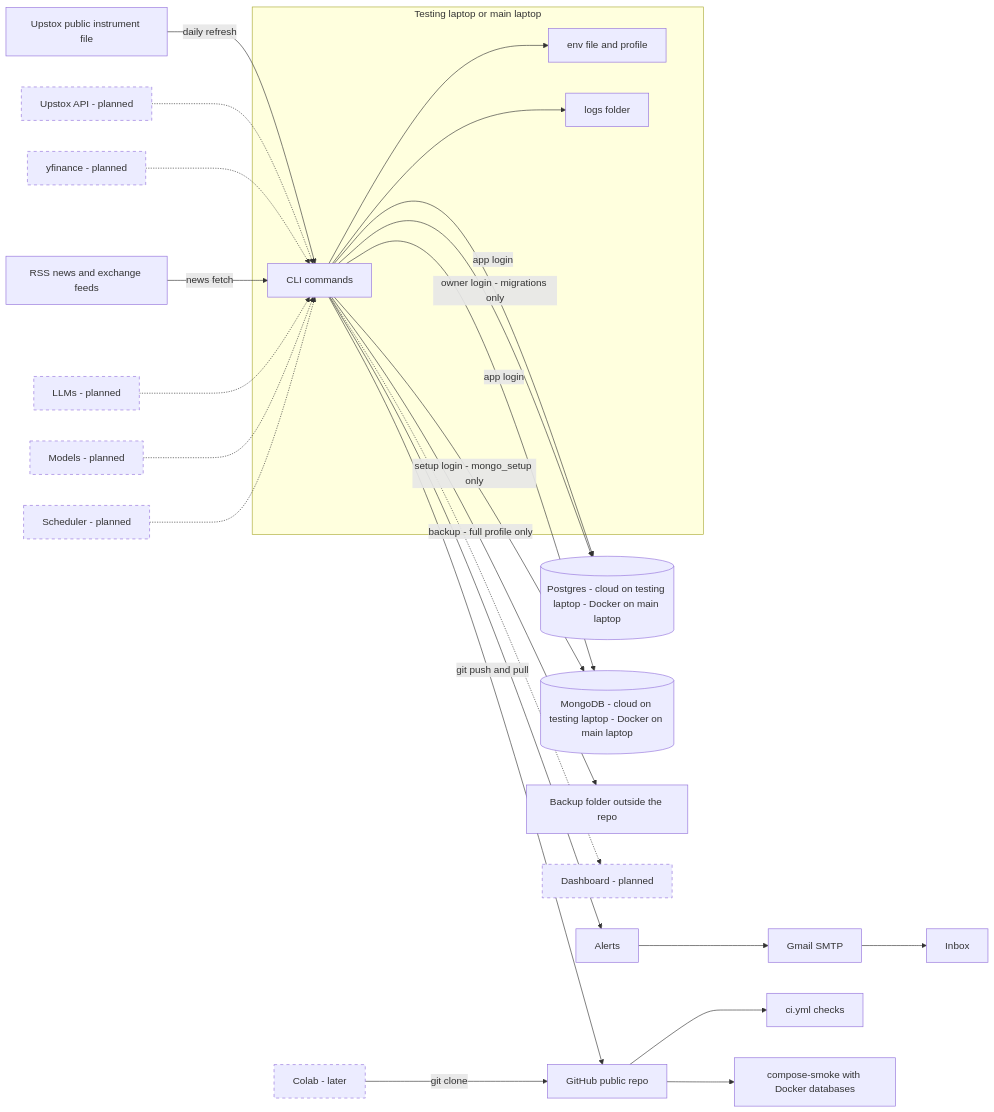
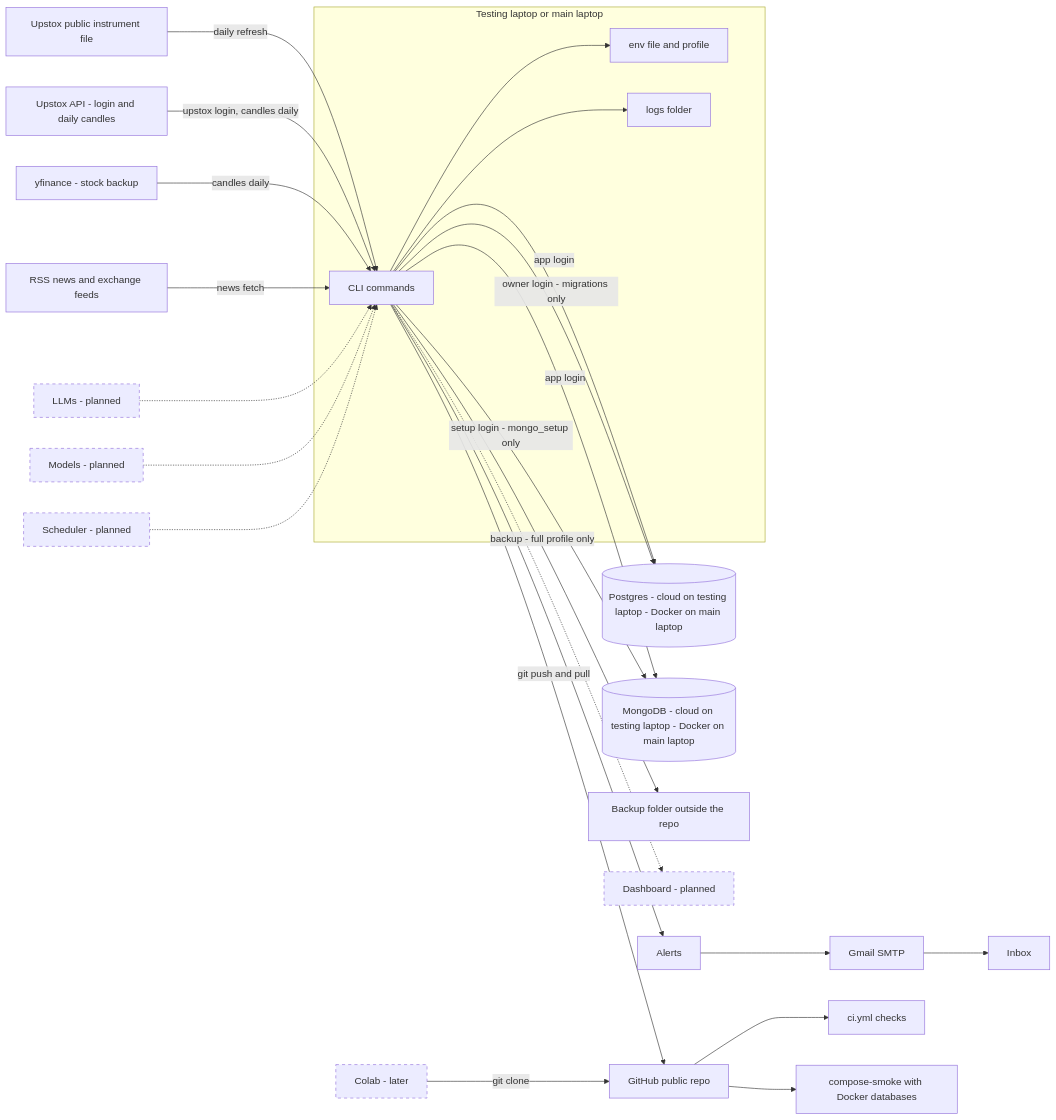
One commit to MichkelAngloJ/market-intel changed the first of 2 diagrams in docs/architecture.md. Above: the diagram before and after it, drawn with Mermaid. The commit also changed other lines of this file and 3 other files, not shown here.

Commit message:
docs: Upstox login and token, daily candles, gaps, price events, universe

````diff
--- a/docs/architecture.md
+++ b/docs/architecture.md
@@ -17,34 +17,34 @@
 ```mermaid
 flowchart LR
     subgraph Laptop[Testing laptop or main laptop]
         CLI[CLI commands]
         CFG[env file and profile]
         LOGS[logs folder]
     end
     CLI --> CFG
     CLI --> LOGS
     CLI --> ALERTS[Alerts]
     ALERTS --> SMTP[Gmail SMTP]
     SMTP --> INBOX[Inbox]
     CLI -->|app login| PG[(Postgres - cloud on testing laptop - Docker on main laptop)]
     CLI -->|owner login - migrations only| PG
     CLI -->|app login| MDB[(MongoDB - cloud on testing laptop - Docker on main laptop)]
     CLI -->|setup login - mongo_setup only| MDB
     CLI -->|backup - full profile only| BAK[Backup folder outside the repo]
     CLI -->|git push and pull| GH[GitHub public repo]
     GH --> CI[ci.yml checks]
     GH --> SMOKE[compose-smoke with Docker databases]
     COLAB[Colab - later] -->|git clone| GH
 
     UPFILE[Upstox public instrument file] -->|daily refresh| CLI
-    UPSTOX[Upstox API - planned] -.-> CLI
-    YF[yfinance - planned] -.-> CLI
+    UPSTOX[Upstox API - login and daily candles] -->|upstox login, candles daily| CLI
+    YF[yfinance - stock backup] -->|candles daily| CLI
     RSS[RSS news and exchange feeds] -->|news fetch| CLI
     LLM[LLMs - planned] -.-> CLI
     MODELS[Models - planned] -.-> CLI
     SCHED[Scheduler - planned] -.-> CLI
     CLI -.-> DASH[Dashboard - planned]
 
     classDef planned stroke-dasharray: 5 5
-    class UPSTOX,YF,LLM,MODELS,SCHED,DASH,COLAB planned
+    class LLM,MODELS,SCHED,DASH,COLAB planned
 ```
````
